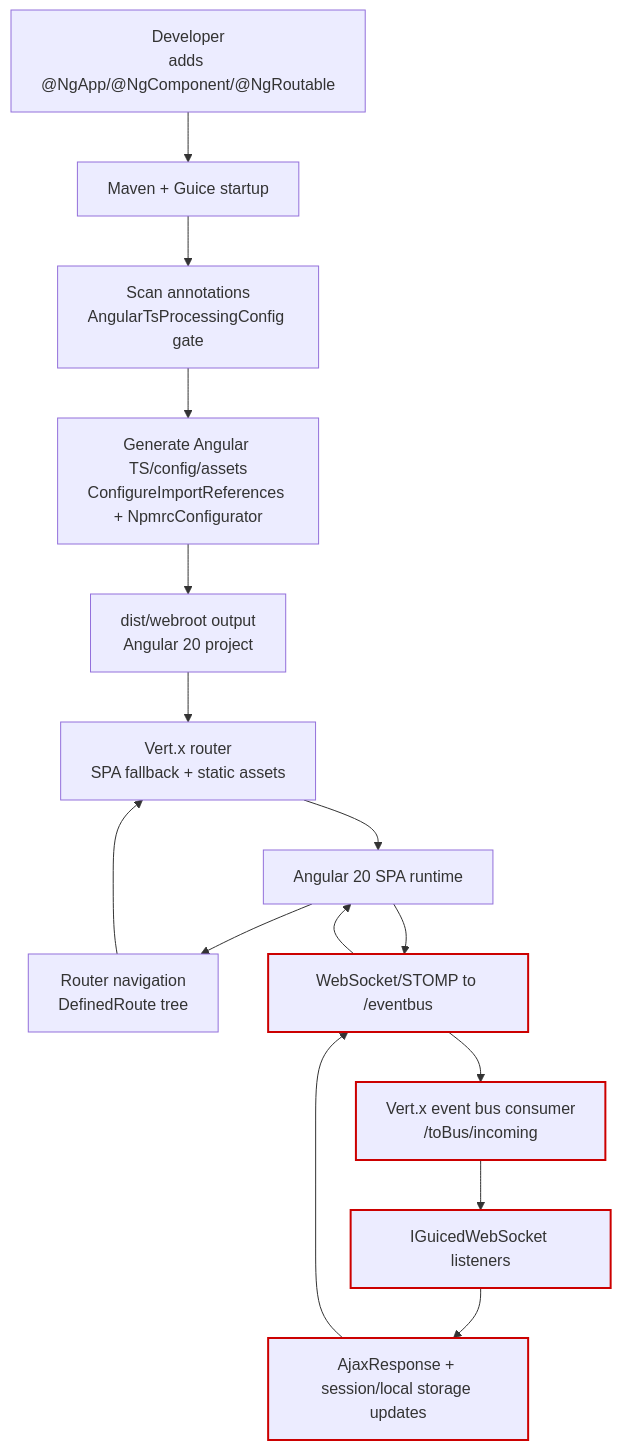
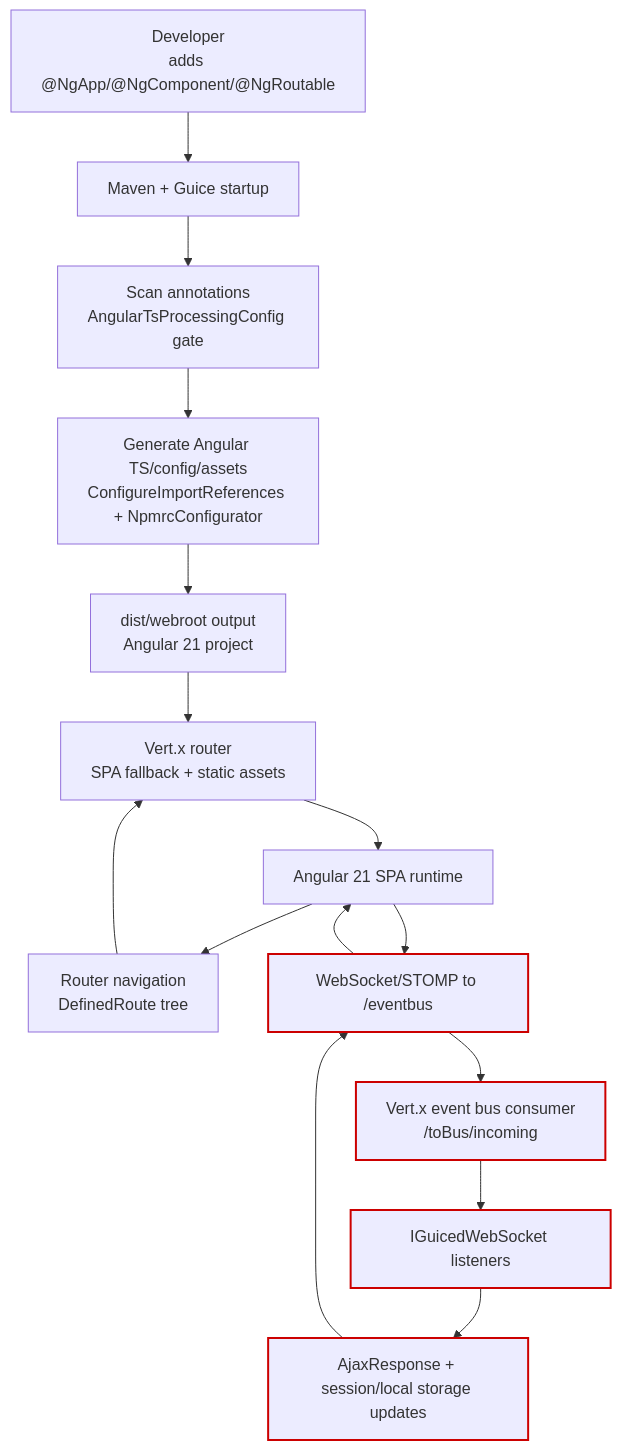
Before and after one commit to JWebMP/Angular: the diagram in docs/architecture/interaction-flows.md, drawn with Mermaid. The commit also changed 6 other files, not shown here.

````diff
--- a/docs/architecture/interaction-flows.md
+++ b/docs/architecture/interaction-flows.md
@@ -1,20 +1,20 @@
 ```mermaid
 flowchart TD
     Dev[Developer<br/>adds @NgApp/@NgComponent/@NgRoutable] --> Build[Maven + Guice startup]
     Build --> Scan[Scan annotations<br/>AngularTsProcessingConfig gate]
     Scan --> Generate[Generate Angular TS/config/assets<br/>ConfigureImportReferences + NpmrcConfigurator]
-    Generate --> Dist[dist/webroot output<br/>Angular 20 project]
+    Generate --> Dist[dist/webroot output<br/>Angular 21 project]
     Dist --> Serve[Vert.x router<br/>SPA fallback + static assets]
-    Serve --> Client[Angular 20 SPA runtime]
+    Serve --> Client[Angular 21 SPA runtime]
     Client --> Navigate[Router navigation<br/>DefinedRoute tree]
     Navigate --> Serve
     Client --> WS[WebSocket/STOMP to /eventbus]
     WS --> Bus[Vert.x event bus consumer<br/>/toBus/incoming]
     Bus --> Listeners[IGuicedWebSocket listeners]
     Listeners --> Reply[AjaxResponse + session/local storage updates]
     Reply --> WS
     WS --> Client
 
     classDef boundary stroke:#cc0000,stroke-width:2px;
     class WS,Bus,Listeners,Reply boundary;
 ```
````
